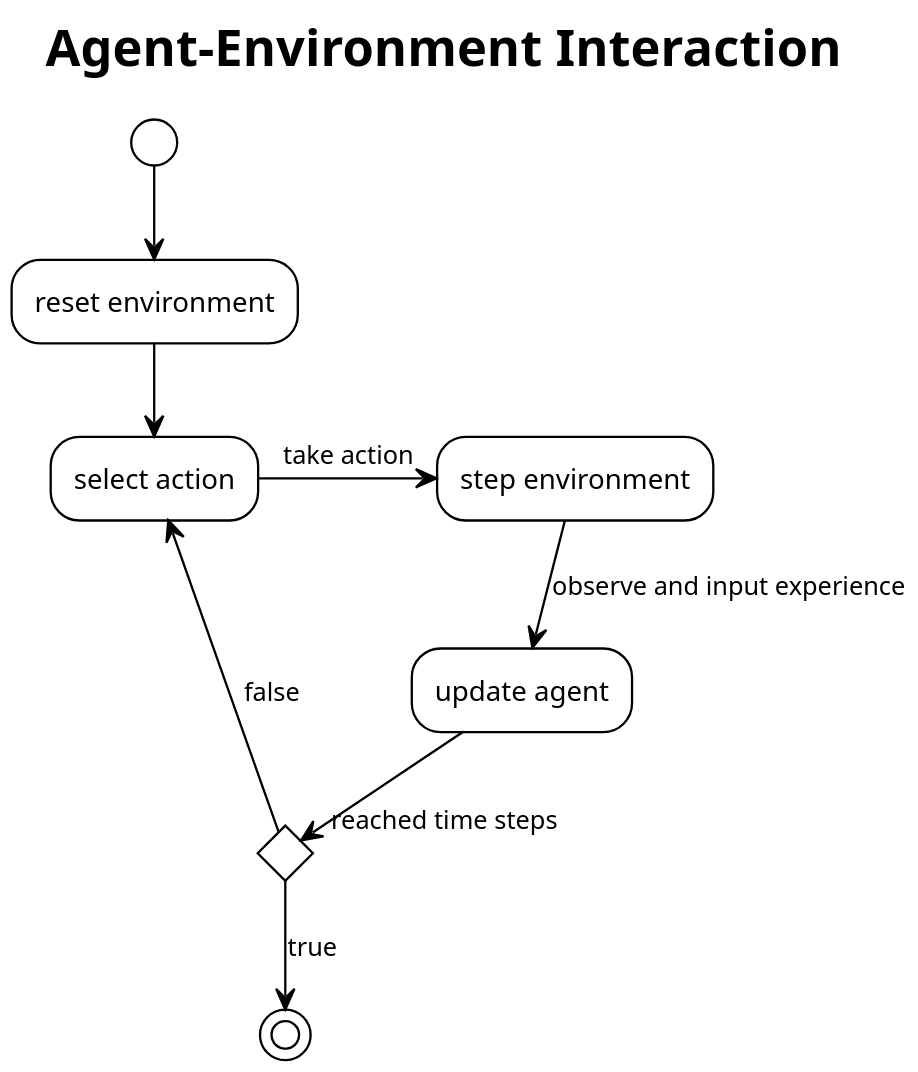
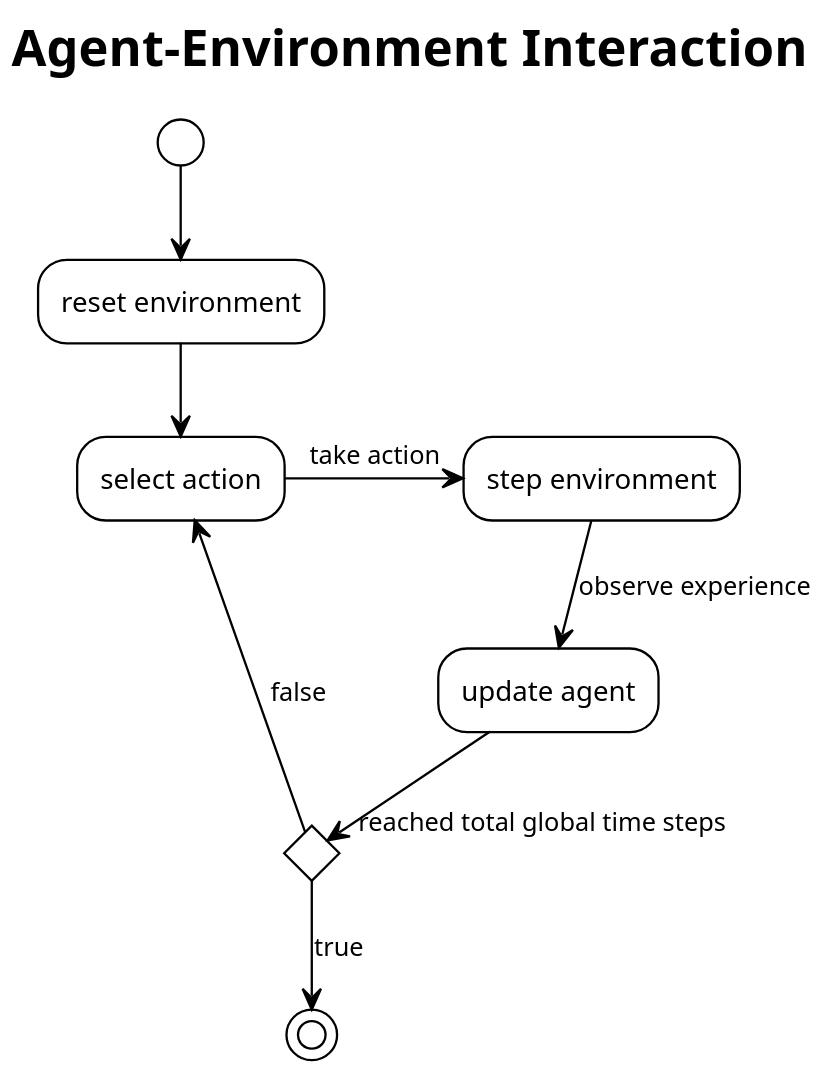
The diagram in UML/Agent-Environment Interaction.plantuml (DevSlem/AINE-DRL), drawn with PlantUML before and after one commit.

Commit message:
Update UML

```diff
--- a/UML/Agent-Environment Interaction.plantuml
+++ b/UML/Agent-Environment Interaction.plantuml
@@ -1,17 +1,17 @@
 @startuml Agent-Environment Interaction
 
 !theme plain
 skinparam backgroundColor #FFFFFF
 scale 2
 title Agent-Environment Interaction
 
 (*) --> "reset environment"
 -down-> "select action"
 -right-> [take action] "step environment"
---> [observe and input experience] "update agent"
-if "reached time steps" then
+--> [observe experience] "update agent"
+if "reached total global time steps" then
 --> [true] (*)
 else
 --> [false] "select action"
 
 @enduml
```
